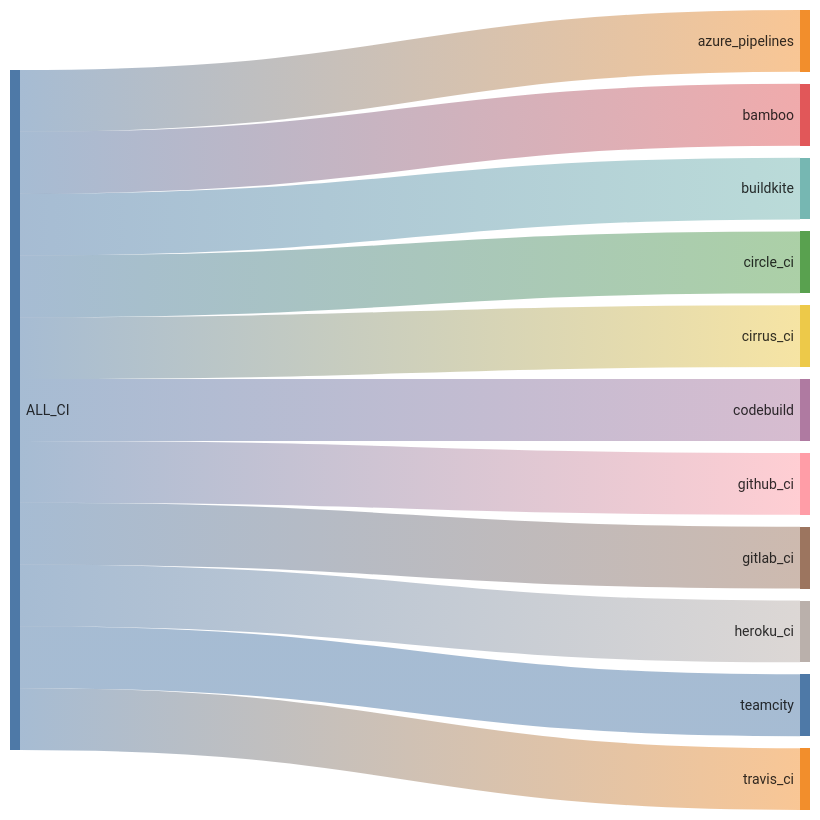
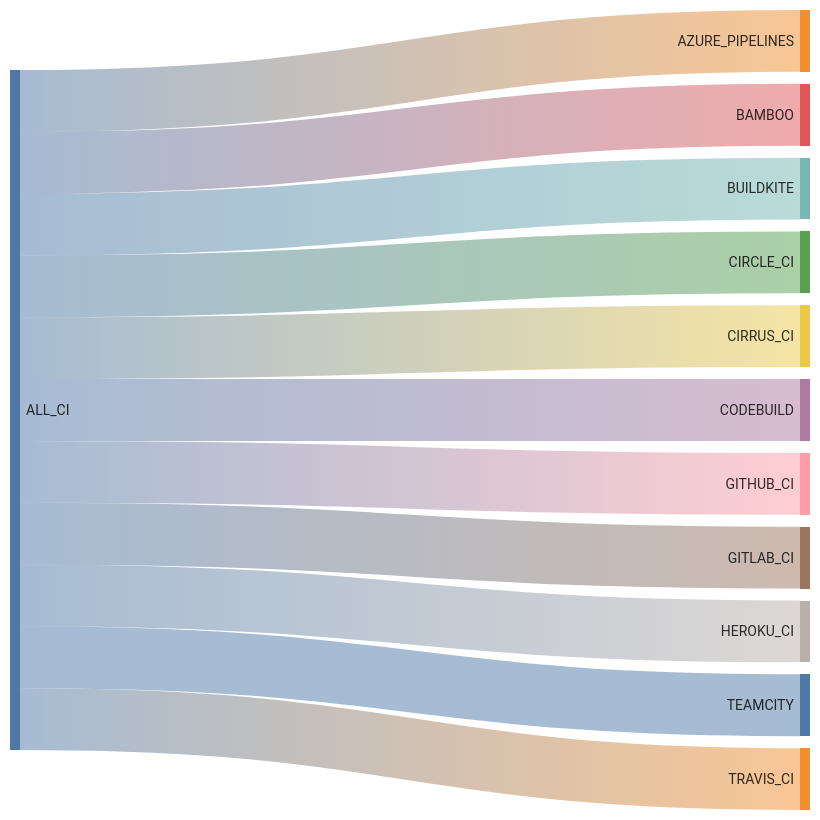
Before and after one commit to kdeldycke/extra-platforms: the first of 2 diagrams in docs/ci.md, drawn with Mermaid. The commit also changed other lines of this file and 4 other files, not shown here.

Commit message:
Use symbols everywhere in the diagrams

````diff
--- a/docs/ci.md
+++ b/docs/ci.md
@@ -71,18 +71,18 @@
 ```mermaid
 ---
 config: {"sankey": {"showValues": false, "width": 800, "height": 800}}
 ---
 sankey-beta
 
-ALL_CI,azure_pipelines,1
-ALL_CI,bamboo,1
-ALL_CI,buildkite,1
-ALL_CI,circle_ci,1
-ALL_CI,cirrus_ci,1
-ALL_CI,codebuild,1
-ALL_CI,github_ci,1
-ALL_CI,gitlab_ci,1
-ALL_CI,heroku_ci,1
-ALL_CI,teamcity,1
-ALL_CI,travis_ci,1
+ALL_CI,AZURE_PIPELINES,1
+ALL_CI,BAMBOO,1
+ALL_CI,BUILDKITE,1
+ALL_CI,CIRCLE_CI,1
+ALL_CI,CIRRUS_CI,1
+ALL_CI,CODEBUILD,1
+ALL_CI,GITHUB_CI,1
+ALL_CI,GITLAB_CI,1
+ALL_CI,HEROKU_CI,1
+ALL_CI,TEAMCITY,1
+ALL_CI,TRAVIS_CI,1
 ```
````
